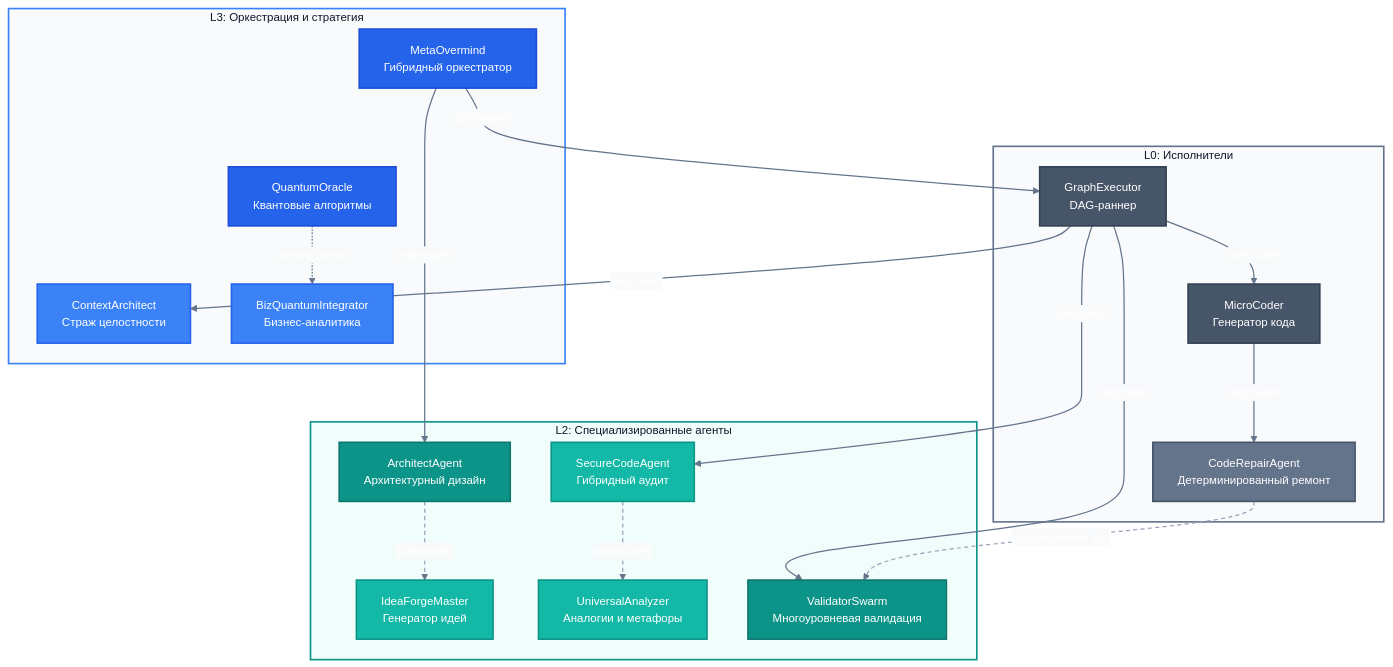
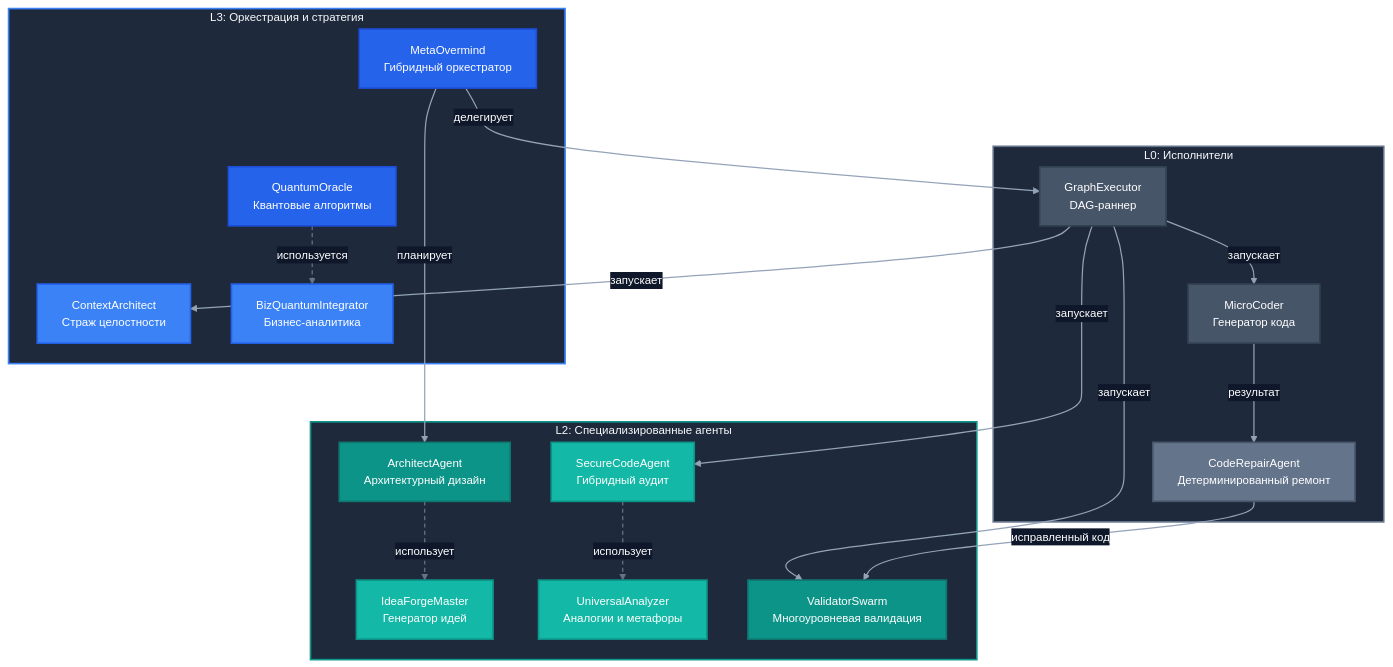
One commit to Rafned/Krait-Ecosystem changed the second of 5 diagrams in docs/ARCHITECTURE_RU.md. Above: the diagram before and after it, drawn with Mermaid. The commit also changed other lines of this file, not shown here.

First line of the commit message:
Update ARCHITECTURE_RU.md

````diff
--- a/docs/ARCHITECTURE_RU.md
+++ b/docs/ARCHITECTURE_RU.md
@@ -181,6 +166,6 @@
 ```mermaid
 %%{init: {'theme': 'base', 'themeVariables': {
-  'lineColor': '#64748B',
+  'lineColor': '#94A3B8',
   'primaryColor': '#3B82F6',
   'primaryTextColor': '#FFFFFF',
   'primaryBorderColor': '#2563EB',
@@ -188,11 +173,10 @@
   'tertiaryColor': '#0F172A',
   'fontFamily': 'system-ui, -apple-system, sans-serif',
   'fontSize': '14px',
-  'edgeLabelBackground': '#F8FAFC'
+  'edgeLabelBackground': '#0F172A'
 }}}%%
 
 flowchart TD
-    %% ===== L3 УРОВЕНЬ (Синий - Оркестрация) =====
     subgraph L3 ["L3: Оркестрация и стратегия"]
         MO["MetaOvermind<br/>Гибридный оркестратор"]
         CA_L3["ContextArchitect<br/>Страж целостности"]
@@ -200,7 +184,6 @@
         QO["QuantumOracle<br/>Квантовые алгоритмы"]
     end
 
-    %% ===== L2 УРОВЕНЬ (Бирюзовый - Спец. агенты) =====
     subgraph L2 ["L2: Специализированные агенты"]
         AA["ArchitectAgent<br/>Архитектурный дизайн"]
         SCA["SecureCodeAgent<br/>Гибридный аудит"]
@@ -209,14 +192,13 @@
         VS["ValidatorSwarm<br/>Многоуровневая валидация"]
     end
 
-    %% ===== L0 УРОВЕНЬ (Серый - Исполнители) =====
     subgraph L0 ["L0: Исполнители"]
         MC_L0["MicroCoder<br/>Генератор кода"]
         CRA_L0["CodeRepairAgent<br/>Детерминированный ремонт"]
         GE["GraphExecutor<br/>DAG-раннер"]
     end
 
-    %% ===== ОСНОВНЫЕ ПОТОКИ =====
+    %% --- Основные потоки ---
     MO -->|"планирует"| AA
     MO -->|"делегирует"| GE
     
@@ -228,33 +210,41 @@
     MC_L0 -->|"результат"| CRA_L0
     CRA_L0 -->|"исправленный код"| VS
 
-    %% ===== ВСПОМОГАТЕЛЬНЫЕ ПОТОКИ =====
+    %% --- Вспомогательные потоки ---
     AA -.->|"использует"| IFM
     SCA -.->|"использует"| UA
     QO -.->|"используется"| BQI
 
-    %% ===== ЕДИНЫЙ СТИЛЬ (Синий) =====
-    style L3 fill:#F8FAFC,stroke:#3B82F6,stroke-width:2px,color:#0F172A
-    style MO fill:#2563EB,stroke:#1D4ED8,stroke-width:2px,color:#FFFFFF
-    style CA_L3 fill:#3B82F6,stroke:#2563EB,stroke-width:2px,color:#FFFFFF
-    style BQI fill:#3B82F6,stroke:#2563EB,stroke-width:2px,color:#FFFFFF
-    style QO fill:#2563EB,stroke:#1D4ED8,stroke-width:2px,color:#FFFFFF
+    %% --- Классы для L3 (Синий) ---
+    classDef l3Primary fill:#2563EB,stroke:#1D4ED8,stroke-width:2px,color:#FFFFFF
+    classDef l3Secondary fill:#3B82F6,stroke:#2563EB,stroke-width:2px,color:#FFFFFF
+    classDef l3Sub fill:#1E293B,stroke:#3B82F6,stroke-width:2px,color:#F8FAFC
 
-    %% ===== ЕДИНЫЙ СТИЛЬ (Бирюзовый) =====
-    style L2 fill:#F0FDFA,stroke:#0D9488,stroke-width:2px,color:#0F172A
-    style AA fill:#0D9488,stroke:#0F766E,stroke-width:2px,color:#FFFFFF
-    style SCA fill:#14B8A6,stroke:#0D9488,stroke-width:2px,color:#FFFFFF
-    style IFM fill:#14B8A6,stroke:#0D9488,stroke-width:2px,color:#FFFFFF
-    style UA fill:#14B8A6,stroke:#0D9488,stroke-width:2px,color:#FFFFFF
-    style VS fill:#0D9488,stroke:#0F766E,stroke-width:2px,color:#FFFFFF
+    %% --- Классы для L2 (Бирюзовый) ---
+    classDef l2Primary fill:#0D9488,stroke:#0F766E,stroke-width:2px,color:#FFFFFF
+    classDef l2Secondary fill:#14B8A6,stroke:#0D9488,stroke-width:2px,color:#FFFFFF
+    classDef l2Sub fill:#1E293B,stroke:#0D9488,stroke-width:2px,color:#F8FAFC
 
-    %% ===== ЕДИНЫЙ СТИЛЬ (Серый/Slate) =====
-    style L0 fill:#F8FAFC,stroke:#64748B,stroke-width:2px,color:#0F172A
-    style MC_L0 fill:#475569,stroke:#334155,stroke-width:2px,color:#FFFFFF
-    style CRA_L0 fill:#64748B,stroke:#475569,stroke-width:2px,color:#FFFFFF
-    style GE fill:#475569,stroke:#334155,stroke-width:2px,color:#FFFFFF
+    %% --- Классы для L0 (Серый/Slate) ---
+    classDef l0Primary fill:#475569,stroke:#334155,stroke-width:2px,color:#FFFFFF
+    classDef l0Secondary fill:#64748B,stroke:#475569,stroke-width:2px,color:#FFFFFF
+    classDef l0Sub fill:#1E293B,stroke:#64748B,stroke-width:2px,color:#F8FAFC
 
-    %% ===== ЛИНИИ =====
-    linkStyle default stroke:#64748B,stroke-width:1.5px
-    linkStyle 7,8,9 stroke:#94A3B8,stroke-width:1.5px,stroke-dasharray:5 4
+    %% --- Применение классов к нодам ---
+    class MO,QO l3Primary
+    class CA_L3,BQI l3Secondary
+    class L3 l3Sub
+
+    class AA,VS l2Primary
+    class SCA,IFM,UA l2Secondary
+    class L2 l2Sub
+
+    class MC_L0,GE l0Primary
+    class CRA_L0 l0Secondary
+    class L0 l0Sub
+
+    %% --- Стилизация линий ---
+    %% Индексы: 0:MO->AA, 1:MO->GE, 2:GE->MC, 3:GE->VS, 4:GE->CA, 5:GE->SCA, 6:MC->CRA, 7:CRA->VS, 8:AA->IFM, 9:SCA->UA, 10:QO->BQI
+    linkStyle 0,1,2,3,4,5,6,7 stroke:#94A3B8,stroke-width:1.5px
+    linkStyle 8,9,10 stroke:#64748B,stroke-width:1.5px,stroke-dasharray:5 4
 ```
````
